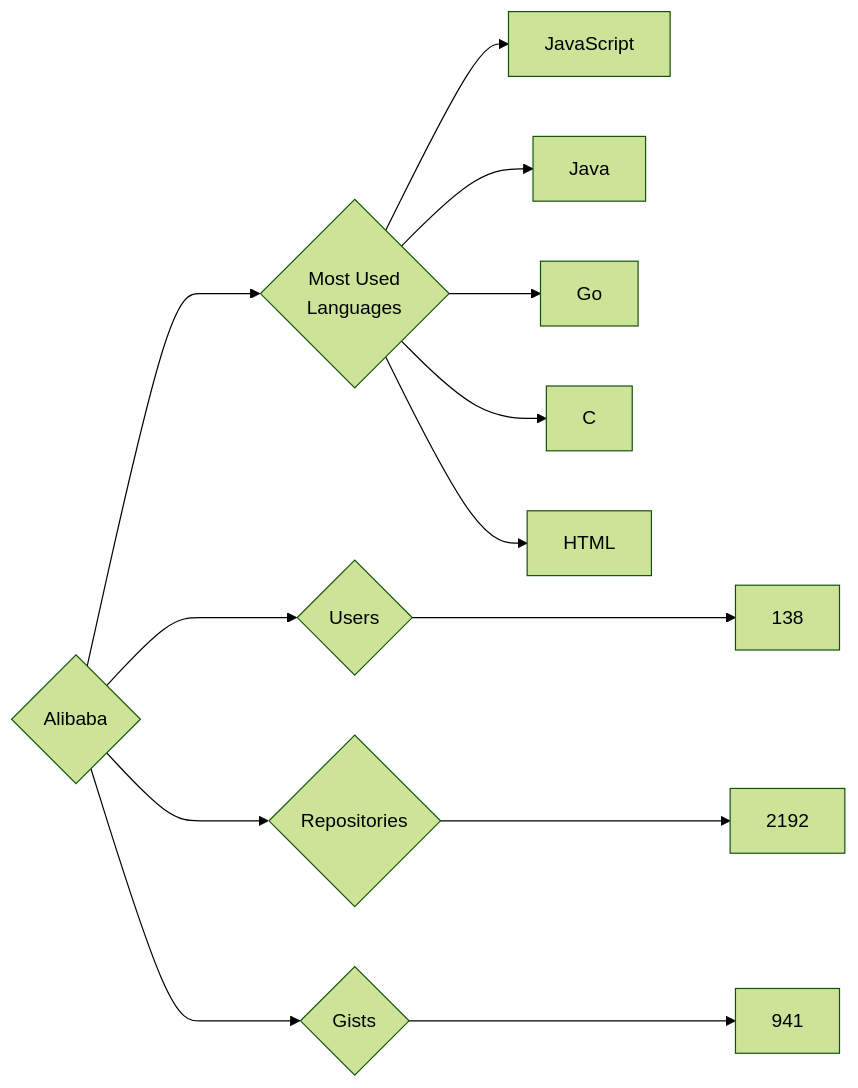
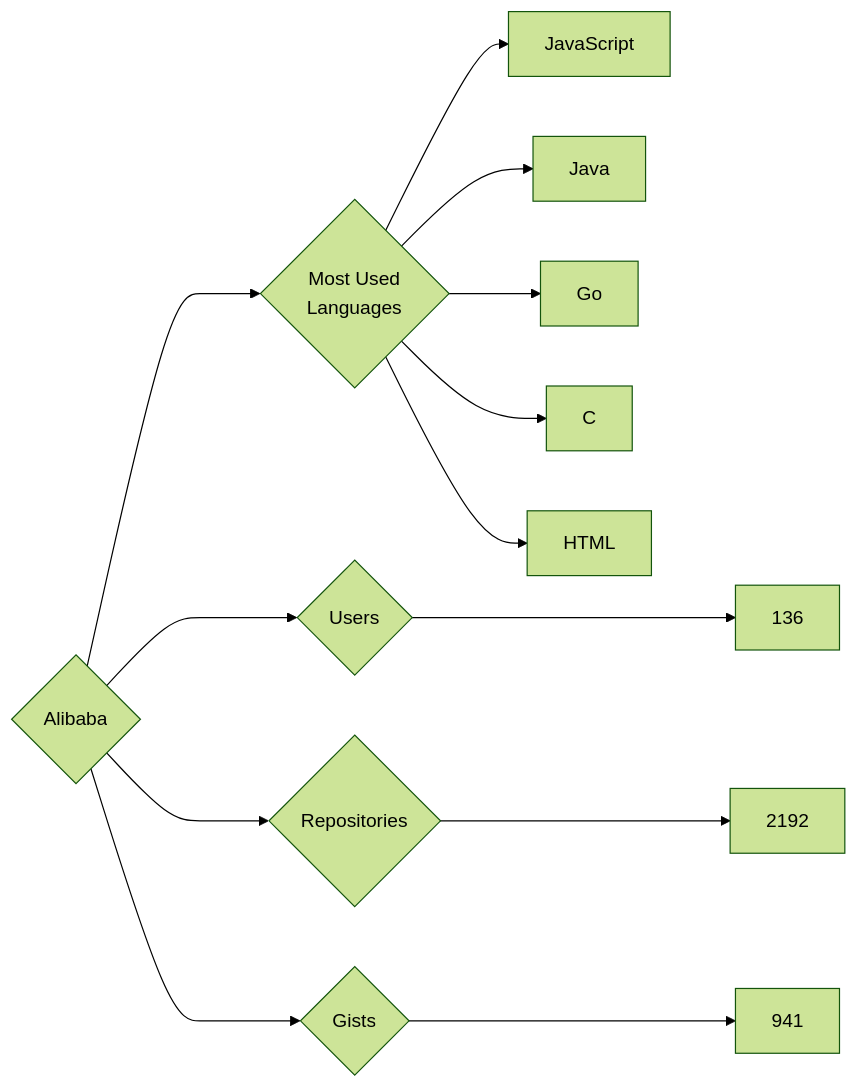
One commit to trickest/insiders changed the diagram in targets/Alibaba/README.md. Above: the diagram before and after it, drawn with Mermaid (forest theme). The commit also changed 693 other files, not shown here.

````diff
--- a/targets/Alibaba/README.md
+++ b/targets/Alibaba/README.md
@@ -3,13 +3,13 @@
 ```mermaid
 graph LR
 COMPANY_NAME{Alibaba}
-COMPANY_NAME ---> U{Users} ---> UN[138]
+COMPANY_NAME ---> U{Users} ---> UN[136]
 COMPANY_NAME ---> R{Repositories} ---> RN[2192]
 COMPANY_NAME ---> G{Gists} ---> GN[941]
 COMPANY_NAME ---> ML{Most Used<br>Languages}
 ML --> JavaScript[JavaScript]
 ML --> Java[Java]
 ML --> Go[Go]
 ML --> C[C]
 ML --> HTML[HTML]
 ```
````
